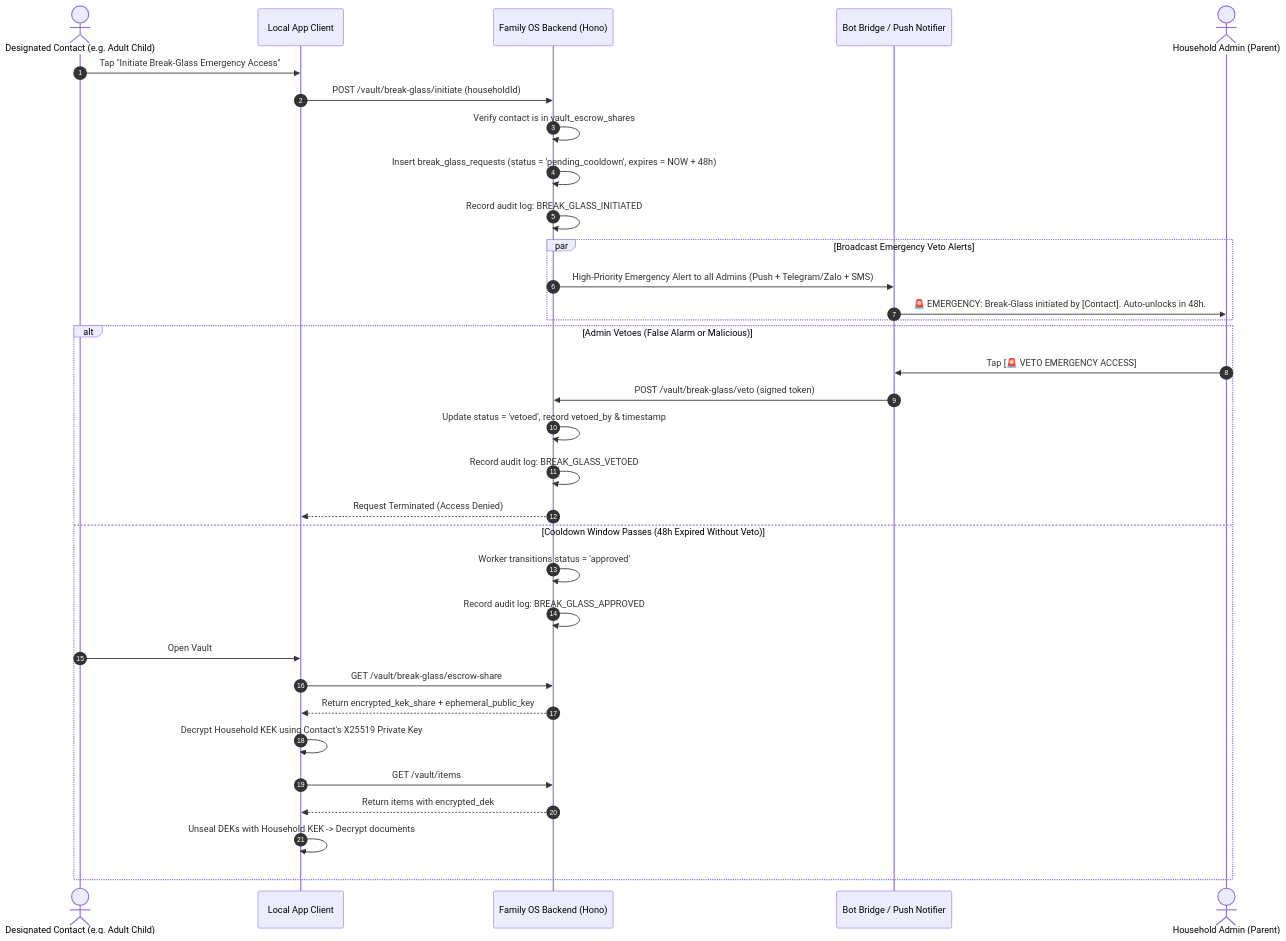
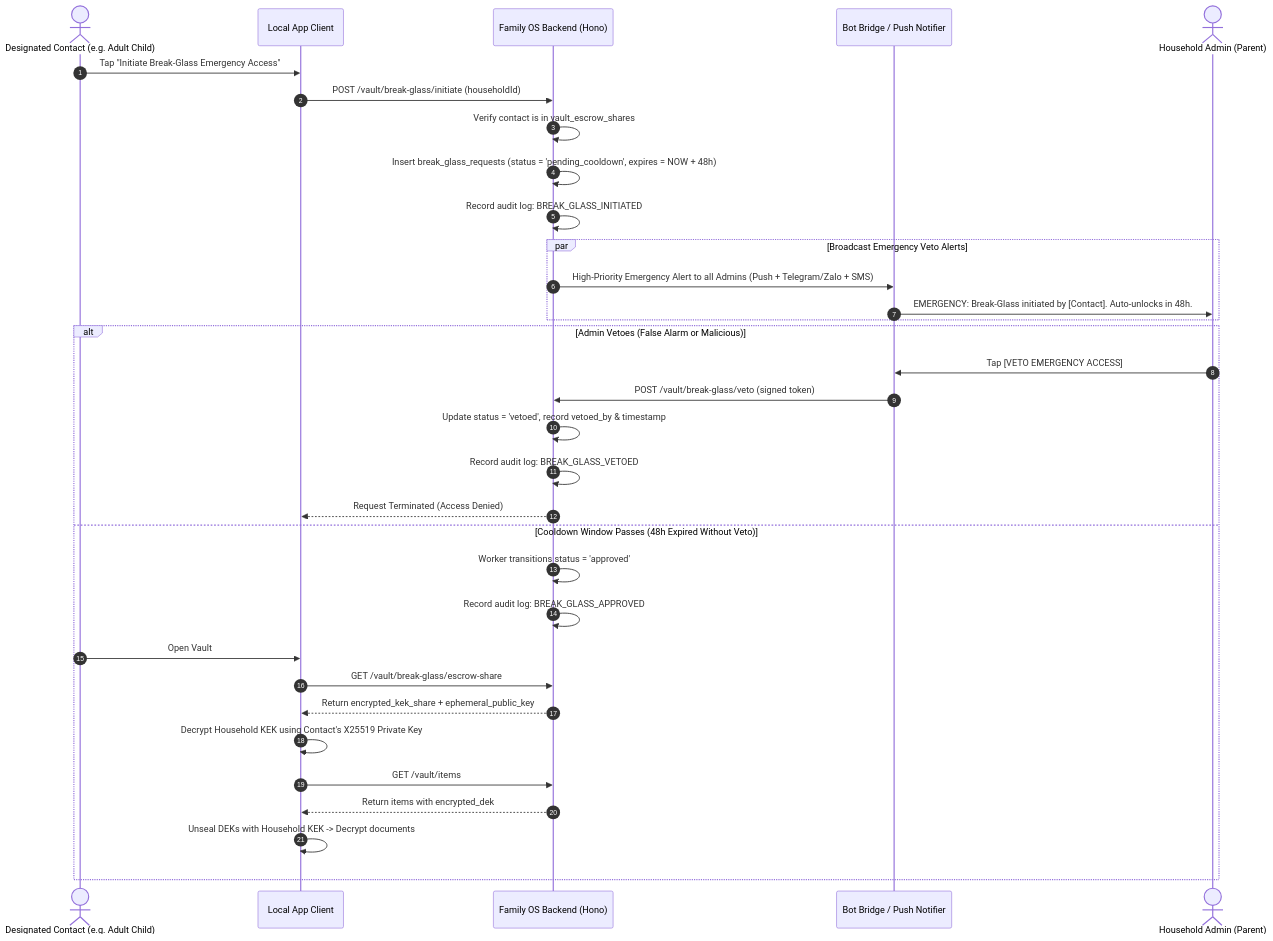
The second of 3 diagrams in docs/superpowers/specs/2026-11-17-phase-1-architecture-and-database-schema-design.md (ssdarealest/HomeDash), drawn with Mermaid before and after one commit. The commit also changed 1 other file, not shown here.

Commit message:
docs: remove all emojis from README and documentation files

````diff
--- a/docs/superpowers/specs/2026-11-17-phase-1-architecture-and-database-schema-design.md
+++ b/docs/superpowers/specs/2026-11-17-phase-1-architecture-and-database-schema-design.md
@@ -601,38 +601,38 @@
 ```mermaid
 sequenceDiagram
     autonumber
     actor Contact as Designated Contact (e.g. Adult Child)
     participant Client as Local App Client
     participant Server as Family OS Backend (Hono)
     participant Bot as Bot Bridge / Push Notifier
     actor Admin as Household Admin (Parent)
 
     Contact->>Client: Tap "Initiate Break-Glass Emergency Access"
     Client->>Server: POST /vault/break-glass/initiate (householdId)
     Server->>Server: Verify contact is in vault_escrow_shares
     Server->>Server: Insert break_glass_requests (status = 'pending_cooldown', expires = NOW + 48h)
     Server->>Server: Record audit log: BREAK_GLASS_INITIATED
 
     par Broadcast Emergency Veto Alerts
         Server->>Bot: High-Priority Emergency Alert to all Admins (Push + Telegram/Zalo + SMS)
-        Bot->>Admin: 🚨 EMERGENCY: Break-Glass initiated by [Contact]. Auto-unlocks in 48h.
+        Bot->>Admin: EMERGENCY: Break-Glass initiated by [Contact]. Auto-unlocks in 48h.
     end
 
     alt Admin Vetoes (False Alarm or Malicious)
-        Admin->>Bot: Tap [🚨 VETO EMERGENCY ACCESS]
+        Admin->>Bot: Tap [VETO EMERGENCY ACCESS]
         Bot->>Server: POST /vault/break-glass/veto (signed token)
         Server->>Server: Update status = 'vetoed', record vetoed_by & timestamp
         Server->>Server: Record audit log: BREAK_GLASS_VETOED
         Server-->>Client: Request Terminated (Access Denied)
     else Cooldown Window Passes (48h Expired Without Veto)
         Server->>Server: Worker transitions status = 'approved'
         Server->>Server: Record audit log: BREAK_GLASS_APPROVED
         Contact->>Client: Open Vault
         Client->>Server: GET /vault/break-glass/escrow-share
         Server-->>Client: Return encrypted_kek_share + ephemeral_public_key
         Client->>Client: Decrypt Household KEK using Contact's X25519 Private Key
         Client->>Server: GET /vault/items
         Server-->>Client: Return items with encrypted_dek
         Client->>Client: Unseal DEKs with Household KEK -> Decrypt documents
     end
 ```
````
